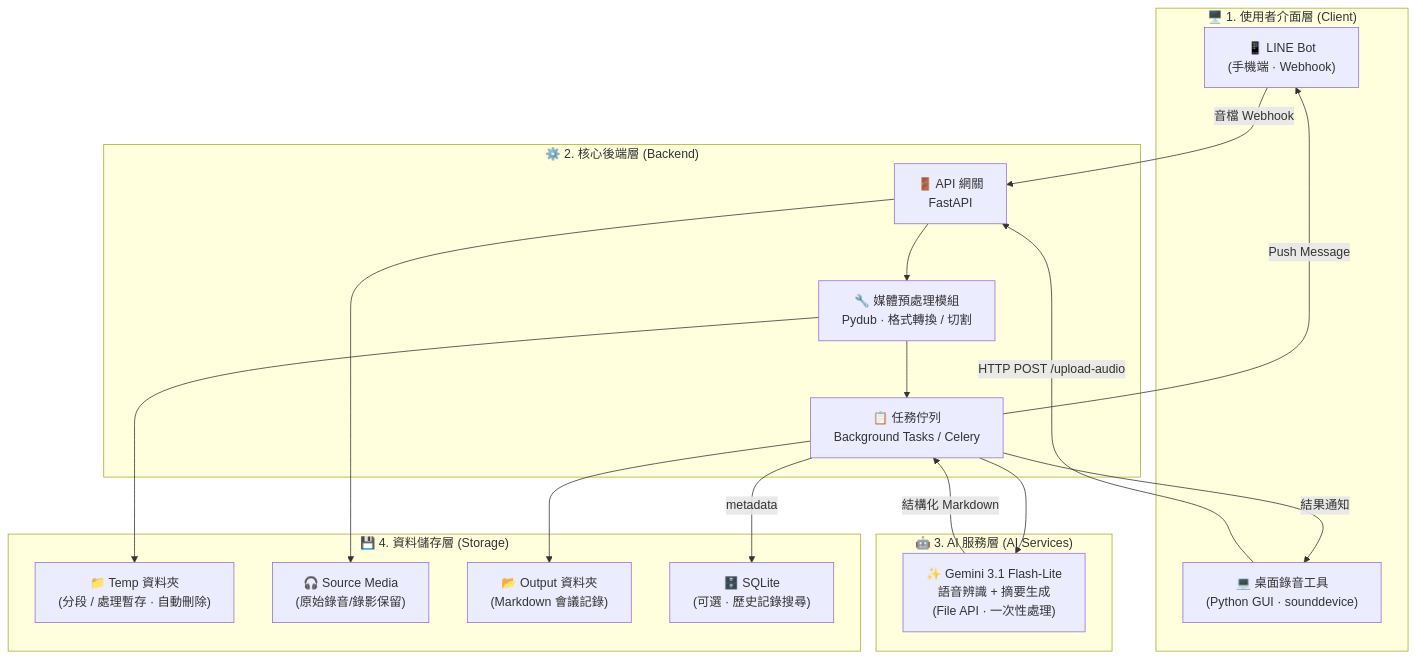
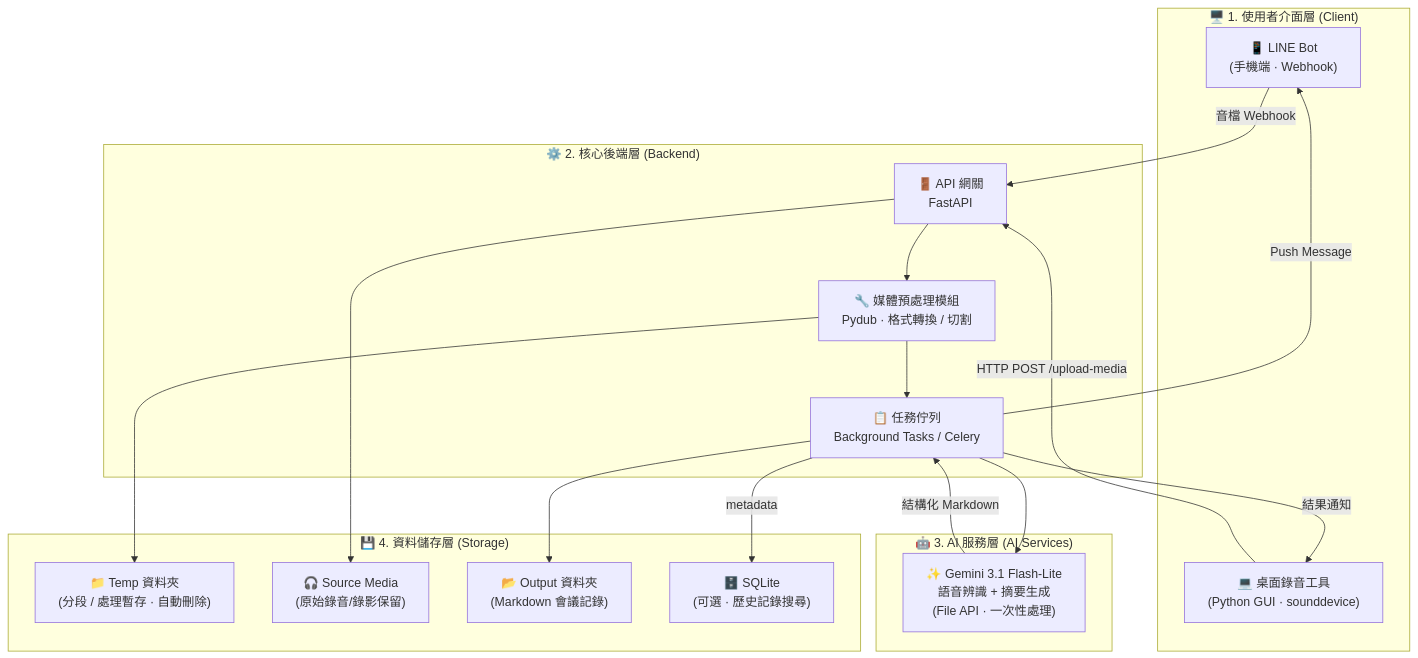
The first of 2 diagrams in ARCHITECTURE.md (balboku/meeting_assistant), drawn with Mermaid before and after one commit. The commit also changed other lines of this file and 4 other files, not shown here.

Commit message:
Add media upload endpoint

````diff
--- a/ARCHITECTURE.md
+++ b/ARCHITECTURE.md
@@ -11,37 +11,37 @@
 ```mermaid
 graph TB
     subgraph CLIENT["🖥️ 1. 使用者介面層 (Client)"]
         LINE["📱 LINE Bot\n(手機端 · Webhook)"]
         GUI["💻 桌面錄音工具\n(Python GUI · sounddevice)"]
     end
 
     subgraph BACKEND["⚙️ 2. 核心後端層 (Backend)"]
         FASTAPI["🚪 API 網關\nFastAPI"]
         PREPROCESS["🔧 媒體預處理模組\nPydub · 格式轉換 / 切割"]
         QUEUE["📋 任務佇列\nBackground Tasks / Celery"]
     end
 
     subgraph AI["🤖 3. AI 服務層 (AI Services)"]
         GEMINI["✨ Gemini 3.1 Flash-Lite\n語音辨識 + 摘要生成\n(File API · 一次性處理)"]
     end
 
     subgraph STORAGE["💾 4. 資料儲存層 (Storage)"]
         TEMP["📁 Temp 資料夾\n(分段 / 處理暫存 · 自動刪除)"]
         SOURCE["🎧 Source Media\n(原始錄音/錄影保留)"]
         OUTPUT["📂 Output 資料夾\n(Markdown 會議記錄)"]
         SQLITE["🗄️ SQLite\n(可選 · 歷史記錄搜尋)"]
     end
 
     LINE -- "音檔 Webhook" --> FASTAPI
-    GUI -- "HTTP POST /upload-audio" --> FASTAPI
+    GUI -- "HTTP POST /upload-media" --> FASTAPI
     FASTAPI --> PREPROCESS
     FASTAPI --> SOURCE
     PREPROCESS --> TEMP
     PREPROCESS --> QUEUE
     QUEUE --> GEMINI
     GEMINI -- "結構化 Markdown" --> QUEUE
     QUEUE --> OUTPUT
     QUEUE -- "metadata" --> SQLITE
     QUEUE -- "Push Message" --> LINE
     QUEUE -- "結果通知" --> GUI
 ```
````
